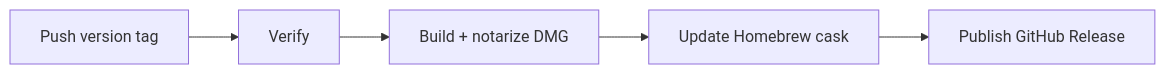
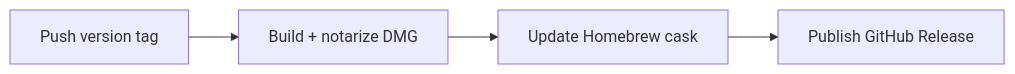
The second of 2 diagrams in README.md (flyngaa/hover), drawn with Mermaid before and after one commit. The commit also changed 2 other files, not shown here.

Commit message:
Release on tag push without a verify gate
The verify workflow blocked tagged releases on lint and test jobs that
are run before tagging, so drop it and keep the release pipeline to
build, notarize, and publish.

````diff
--- a/README.md
+++ b/README.md
@@ -180,7 +180,6 @@
 ```mermaid
 flowchart LR
-    Tag["Push version tag"] --> Verify["Verify"]
-    Verify --> Build["Build + notarize DMG"]
+    Tag["Push version tag"] --> Build["Build + notarize DMG"]
     Build --> Brew["Update Homebrew cask"]
     Brew --> Publish["Publish GitHub Release"]
 ```
````
